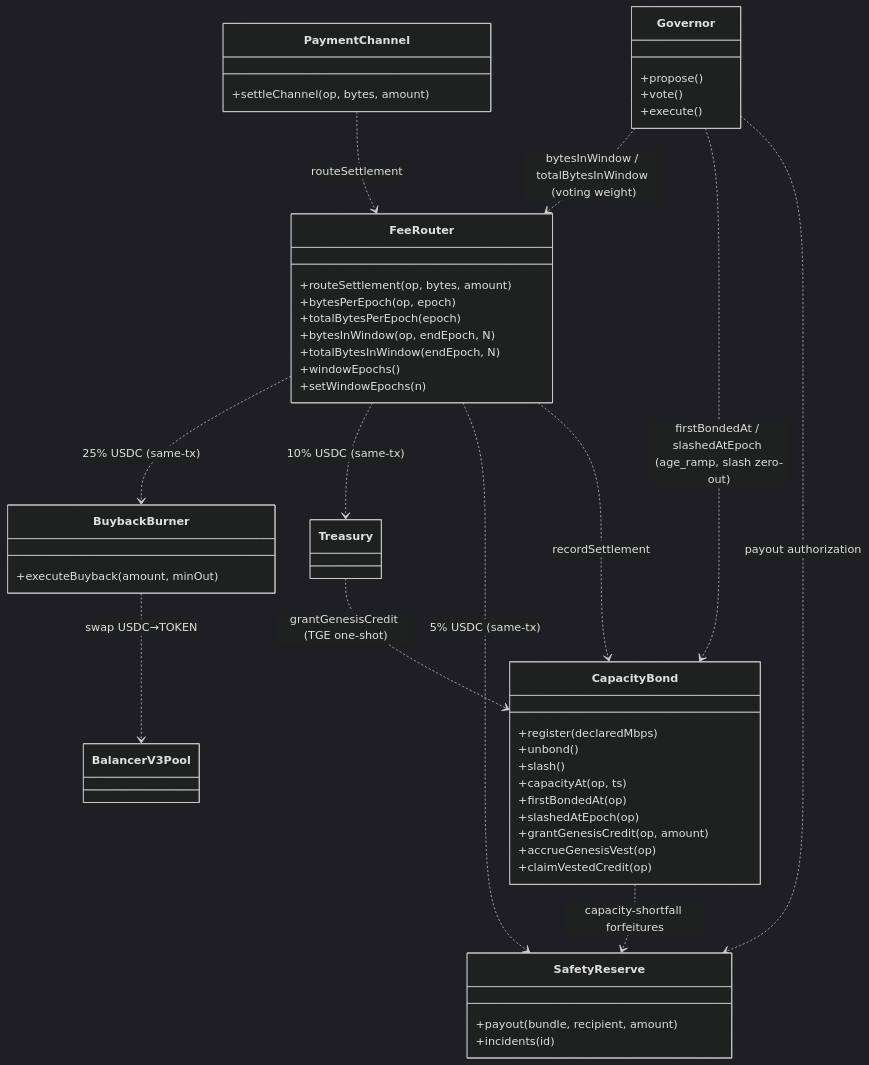
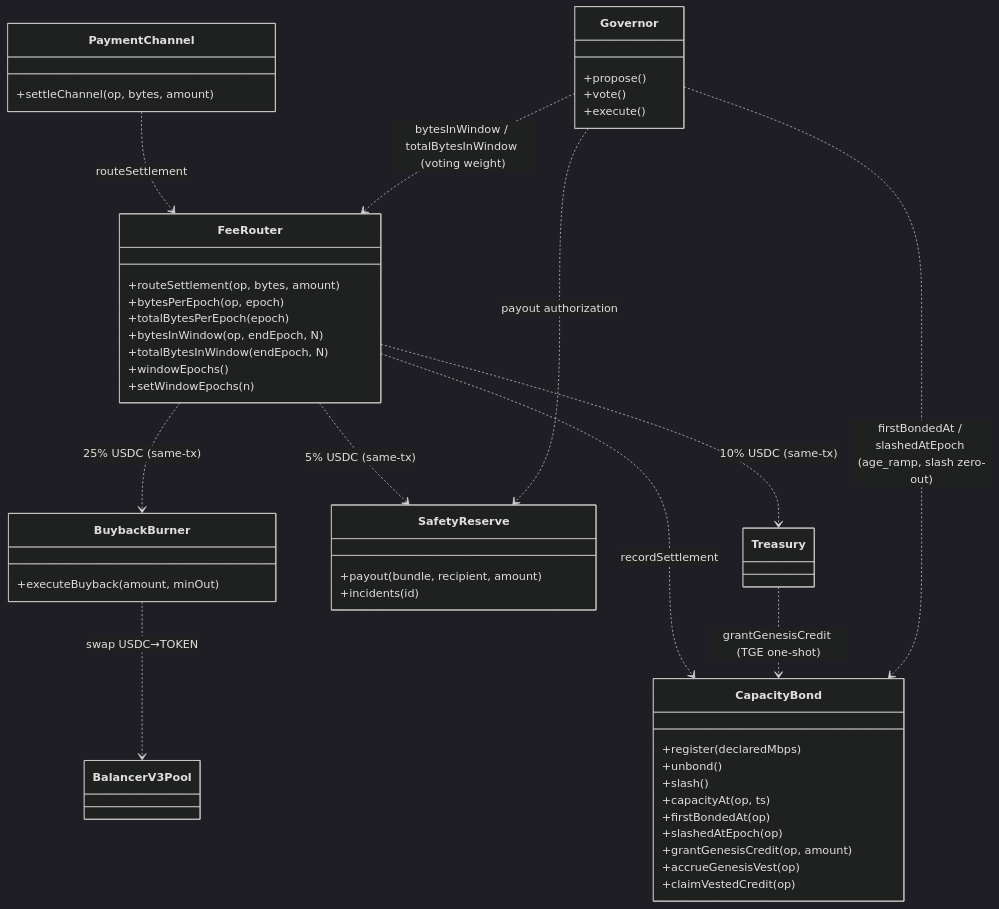
The first of 5 diagrams in adr/016-contract-interactions.md (decdn/decdn), drawn with Mermaid (dark theme) before and after one commit. The commit also changed other lines of this file and 10 other files, not shown here.

First line of the commit message:
docs(adr): remove capacity-shortfall slashing (ADR 036 supersedes) (#682)

````diff
--- a/adr/016-contract-interactions.md
+++ b/adr/016-contract-interactions.md
@@ -39,52 +39,51 @@
 ```mermaid
 classDiagram
     class PaymentChannel {
         +settleChannel(op, bytes, amount)
     }
     class FeeRouter {
         +routeSettlement(op, bytes, amount)
         +bytesPerEpoch(op, epoch)
         +totalBytesPerEpoch(epoch)
         +bytesInWindow(op, endEpoch, N)
         +totalBytesInWindow(endEpoch, N)
         +windowEpochs()
         +setWindowEpochs(n)
     }
     class CapacityBond {
         +register(declaredMbps)
         +unbond()
         +slash()
         +capacityAt(op, ts)
         +firstBondedAt(op)
         +slashedAtEpoch(op)
         +grantGenesisCredit(op, amount)
         +accrueGenesisVest(op)
         +claimVestedCredit(op)
     }
     class BuybackBurner {
         +executeBuyback(amount, minOut)
     }
     class SafetyReserve {
         +payout(bundle, recipient, amount)
         +incidents(id)
     }
     class Governor {
         +propose()
         +vote()
         +execute()
     }
     class Treasury
     class BalancerV3Pool
 
     PaymentChannel ..> FeeRouter : routeSettlement
     FeeRouter ..> BuybackBurner : 25% USDC (same-tx)
     FeeRouter ..> Treasury : 10% USDC (same-tx)
     FeeRouter ..> SafetyReserve : 5% USDC (same-tx)
     FeeRouter ..> CapacityBond : recordSettlement
     BuybackBurner ..> BalancerV3Pool : swap USDC→TOKEN
     Treasury ..> CapacityBond : grantGenesisCredit (TGE one-shot)
     Governor ..> FeeRouter : bytesInWindow / totalBytesInWindow (voting weight)
     Governor ..> CapacityBond : firstBondedAt / slashedAtEpoch (age_ramp, slash zero-out)
     Governor ..> SafetyReserve : payout authorization
-    CapacityBond ..> SafetyReserve : capacity-shortfall forfeitures
 ```
````
